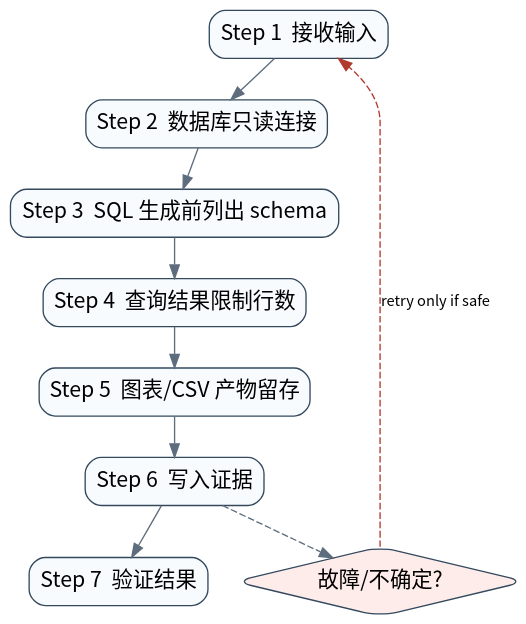
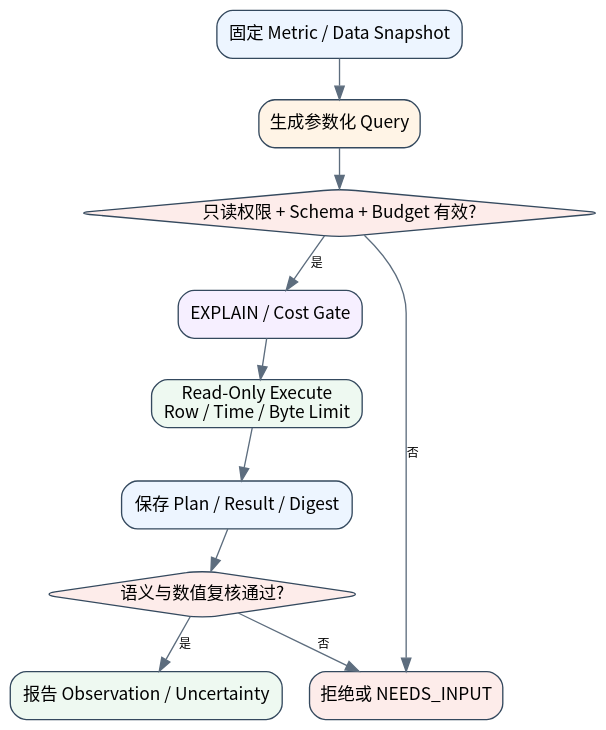
The diagram in book/assets/diagrams/24-data-agent-flow.dot (william-lbn/aiagentsystem), drawn with Graphviz before and after one commit. The commit also changed 227 other files, not shown here.

```diff
--- a/book/assets/diagrams/24-data-agent-flow.dot
+++ b/book/assets/diagrams/24-data-agent-flow.dot
@@ -1,21 +1,23 @@
 digraph G {
-graph [rankdir=TB,bgcolor="transparent",pad="0.15",nodesep="0.28",ranksep="0.42"];
-node [shape=box,style="rounded,filled",fontname="Noto Sans CJK SC",fontsize=16,color="#34495e",fillcolor="#f8fbfd"];
-edge [fontname="Noto Sans CJK SC",fontsize=11,color="#5d6d7e"];
-s0 [label="Step 1  接收输入"];
-s1 [label="Step 2  数据库只读连接"];
-s2 [label="Step 3  SQL 生成前列出 schema"];
-s3 [label="Step 4  查询结果限制行数"];
-s4 [label="Step 5  图表/CSV 产物留存"];
-s5 [label="Step 6  写入证据"];
-s6 [label="Step 7  验证结果"];
-s0->s1;
-s1->s2;
-s2->s3;
-s3->s4;
-s4->s5;
-s5->s6;
-fail [shape=diamond,label="故障/不确定?",fillcolor="#fdecea"];
-s5->fail [style=dashed];
-fail->s0 [label="retry only if safe",style=dashed,color="#b03a2e"];
+graph [rankdir=TB,bgcolor="transparent",pad="0.18",nodesep="0.28",ranksep="0.40"];
+node [shape=box,style="rounded,filled",fontname="Noto Sans CJK SC",fontsize=13,color="#34495e"];
+edge [fontname="Noto Sans CJK SC",fontsize=9,color="#5d6d7e"];
+define [label="固定 Metric / Data Snapshot",fillcolor="#edf5ff"];
+plan [label="生成参数化 Query",fillcolor="#fff4e6"];
+authorize [shape=diamond,label="只读权限 + Schema + Budget 有效?",fillcolor="#fdecea"];
+explain [label="EXPLAIN / Cost Gate",fillcolor="#f6efff"];
+execute [label="Read-Only Execute\nRow / Time / Byte Limit",fillcolor="#eef9f1"];
+artifact [label="保存 Plan / Result / Digest",fillcolor="#edf5ff"];
+verify [shape=diamond,label="语义与数值复核通过?",fillcolor="#fdecea"];
+report [label="报告 Observation / Uncertainty",fillcolor="#eef9f1"];
+reject [label="拒绝或 NEEDS_INPUT",fillcolor="#fdecea"];
+define->plan;
+plan->authorize;
+authorize->explain [label="是"];
+authorize->reject [label="否"];
+explain->execute;
+execute->artifact;
+artifact->verify;
+verify->report [label="是"];
+verify->reject [label="否"];
 }
```
